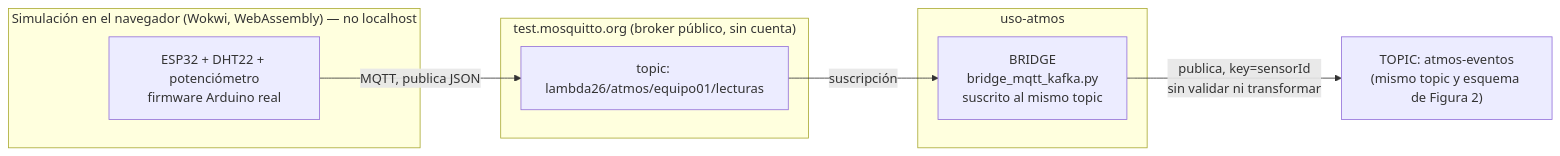
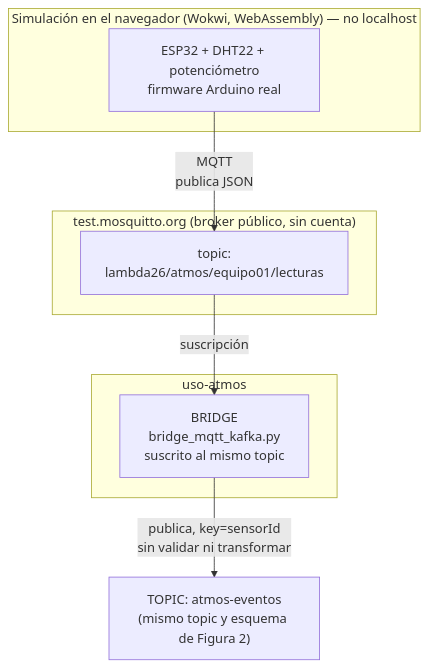
The third of 3 diagrams in docs/sesiones/S07_Ingesta_Eventos_IoT_Sensores_Tiempo_Real.md (262bigdata/lambda26), drawn with Mermaid before and after one commit.

````diff
--- a/docs/sesiones/S07_Ingesta_Eventos_IoT_Sensores_Tiempo_Real.md
+++ b/docs/sesiones/S07_Ingesta_Eventos_IoT_Sensores_Tiempo_Real.md
@@ -122,20 +122,20 @@
 ```mermaid
-flowchart LR
+flowchart TB
     subgraph WokwiModule["Simulación en el navegador (Wokwi, WebAssembly) — no localhost"]
         ESP32["ESP32 + DHT22 + potenciómetro<br/>firmware Arduino real"]
     end
 
     subgraph Broker["test.mosquitto.org (broker público, sin cuenta)"]
-        Topic["topic: lambda26/atmos/equipo01/lecturas"]
+        Topic["topic:<br/>lambda26/atmos/equipo01/lecturas"]
     end
 
     subgraph UsoAtmosMqtt["uso-atmos"]
         Bridge["BRIDGE<br/>bridge_mqtt_kafka.py<br/>suscrito al mismo topic"]
     end
 
     KafkaTopic["TOPIC: atmos-eventos<br/>(mismo topic y esquema de Figura 2)"]
 
-    ESP32 -->|"MQTT, publica JSON"| Topic
+    ESP32 -->|"MQTT<br/>publica JSON"| Topic
     Topic -->|"suscripción"| Bridge
     Bridge -->|"publica, key=sensorId<br/>sin validar ni transformar"| KafkaTopic
 ```
````
